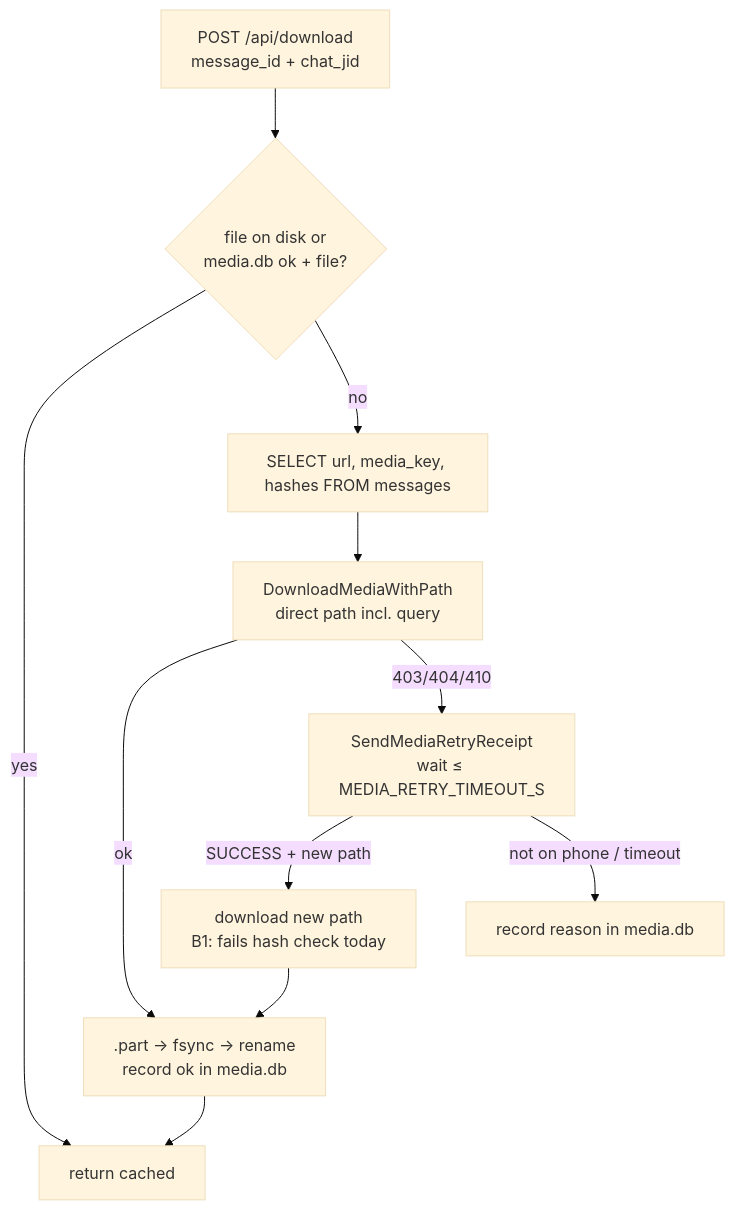
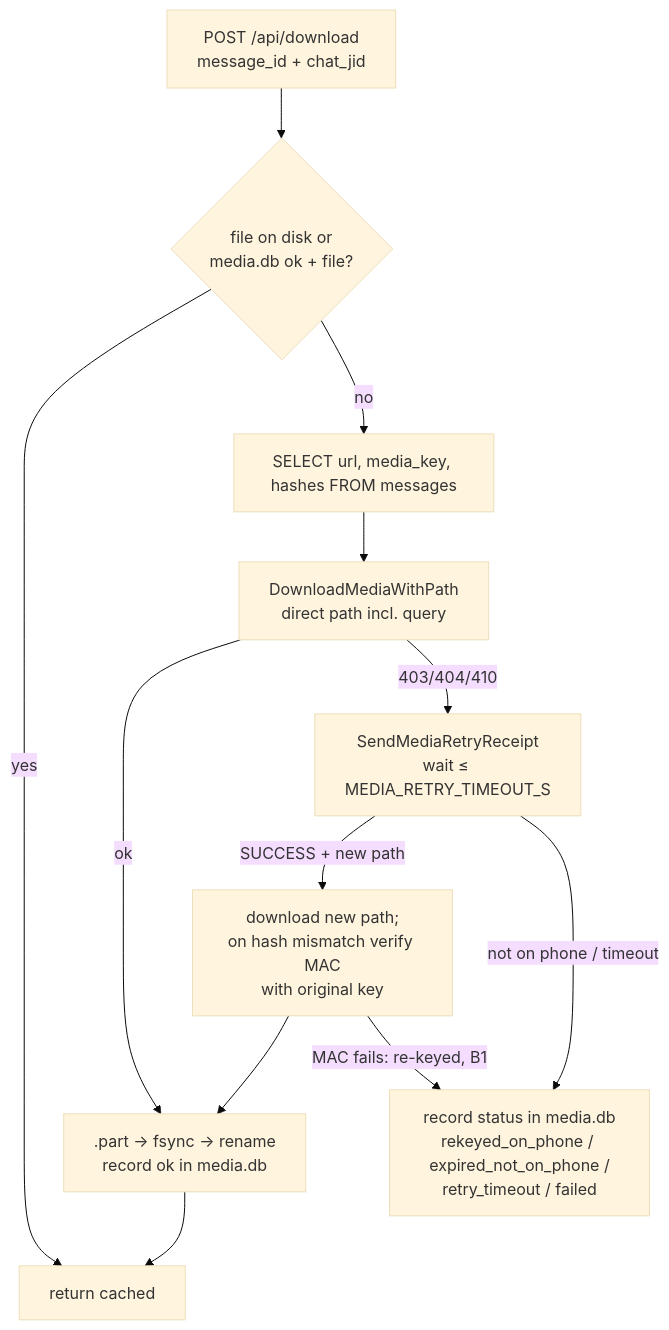
Before and after one commit to AdamRussak/whatsapp-mcp: the diagram in AUDIO_DOWNLOAD_PLAN.md, drawn with Mermaid (base theme). The commit also changed other lines of this file, not shown here.

Commit message:
docs: bring audio download plan up to date with current state

````diff
--- a/AUDIO_DOWNLOAD_PLAN.md
+++ b/AUDIO_DOWNLOAD_PLAN.md
@@ -315,12 +329,13 @@
 ```mermaid
 flowchart TD
     A[POST /api/download<br/>message_id + chat_jid] --> B{file on disk or<br/>media.db ok + file?}
     B -- yes --> Z[return cached]
     B -- no --> C[SELECT url, media_key, hashes FROM messages]
     C --> D[DownloadMediaWithPath<br/>direct path incl. query]
     D -- ok --> W[.part → fsync → rename<br/>record ok in media.db]
     D -- 403/404/410 --> R[SendMediaRetryReceipt<br/>wait ≤ MEDIA_RETRY_TIMEOUT_S]
-    R -- SUCCESS + new path --> D2[download new path<br/>B1: fails hash check today] --> W
-    R -- not on phone / timeout --> E[record reason in media.db]
+    R -- SUCCESS + new path --> D2[download new path;<br/>on hash mismatch verify MAC<br/>with original key] --> W
+    D2 -- MAC fails: re-keyed, B1 --> E
+    R -- not on phone / timeout --> E[record status in media.db<br/>rekeyed_on_phone / expired_not_on_phone /<br/>retry_timeout / failed]
     W --> Z
 ```
````
